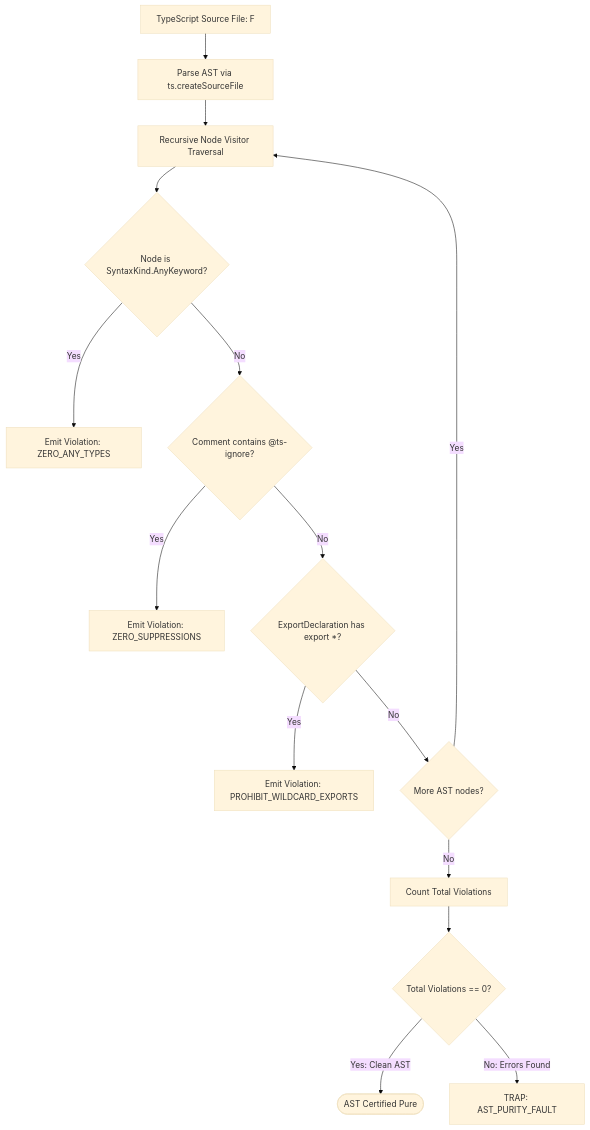
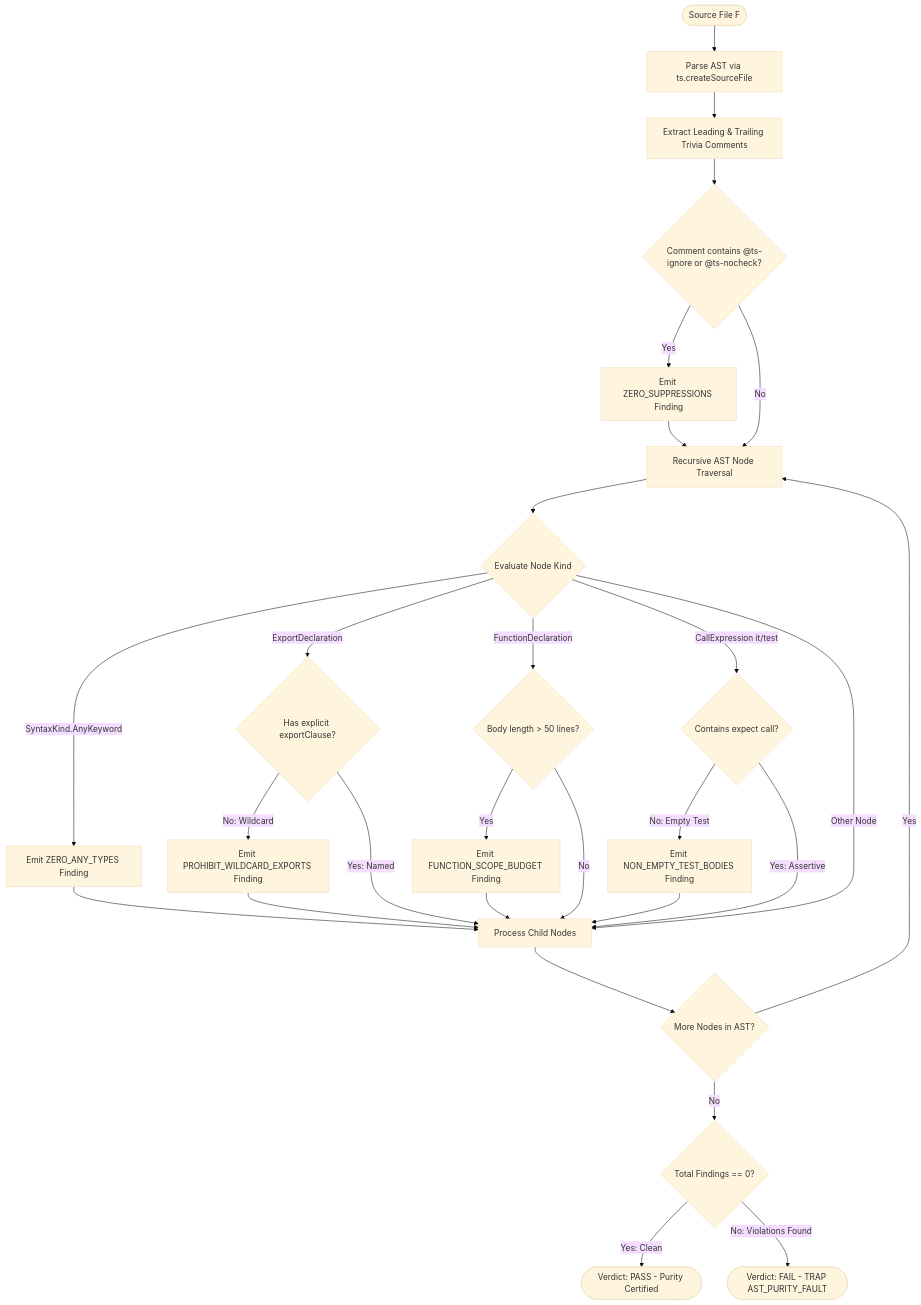
Before and after one commit to onurseckin/skills: the diagram in docs/olt/architecture/13-policy-rbac-failclosed-engine/13-02-static-ast-lint-purity-engine.md, drawn with Mermaid (base theme). The commit also changed other lines of this file and 83 other files, not shown here.

````diff
--- a/docs/olt/architecture/13-policy-rbac-failclosed-engine/13-02-static-ast-lint-purity-engine.md
+++ b/docs/olt/architecture/13-policy-rbac-failclosed-engine/13-02-static-ast-lint-purity-engine.md
@@ -70,22 +97,39 @@
 ```mermaid
 flowchart TD
-    SourceFile[TypeScript Source File: F] --> ParseAST[Parse AST via ts.createSourceFile]
-    ParseAST --> WalkTree[Recursive Node Visitor Traversal]
+    Start([Source File F]) --> ParseAST[Parse AST via ts.createSourceFile]
+    ParseAST --> ExtractTrivia[Extract Leading & Trailing Trivia Comments]
+    ExtractTrivia --> CheckComments{Comment contains @ts-ignore or @ts-nocheck?}
 
-    WalkTree --> CheckAny{Node is SyntaxKind.AnyKeyword?}
-    CheckAny -->|Yes| ReportAny[Emit Violation: ZERO_ANY_TYPES]
-    CheckAny -->|No| CheckComments{Comment contains @ts-ignore?}
+    CheckComments -->|Yes| EmitSuppression[Emit ZERO_SUPPRESSIONS Finding]
+    CheckComments -->|No| WalkNodes[Recursive AST Node Traversal]
 
-    CheckComments -->|Yes| ReportSuppression[Emit Violation: ZERO_SUPPRESSIONS]
-    CheckComments -->|No| CheckExports{ExportDeclaration has export *?}
+    EmitSuppression --> WalkNodes
+    WalkNodes --> CheckNodeKind{Evaluate Node Kind}
 
-    CheckExports -->|Yes| ReportWildcard[Emit Violation: PROHIBIT_WILDCARD_EXPORTS]
-    CheckExports -->|No| MoreNodes{More AST nodes?}
+    CheckNodeKind -->|SyntaxKind.AnyKeyword| EmitAny[Emit ZERO_ANY_TYPES Finding]
+    CheckNodeKind -->|ExportDeclaration| CheckExportClause{Has explicit exportClause?}
+    CheckNodeKind -->|FunctionDeclaration| CheckFuncLen{Body length > 50 lines?}
+    CheckNodeKind -->|CallExpression it/test| CheckExpect{Contains expect call?}
+    CheckNodeKind -->|Other Node| NextNode[Process Child Nodes]
 
-    MoreNodes -->|Yes| WalkTree
-    MoreNodes -->|No| AggregateViolations[Count Total Violations]
+    CheckExportClause -->|No: Wildcard| EmitWildcard[Emit PROHIBIT_WILDCARD_EXPORTS Finding]
+    CheckExportClause -->|Yes: Named| NextNode
 
-    AggregateViolations --> ViolationCheck{Total Violations == 0?}
-    ViolationCheck -->|Yes: Clean AST| CertifyAST([AST Certified Pure])
-    ViolationCheck -->|No: Errors Found| RejectAST[TRAP: AST_PURITY_FAULT]
+    CheckFuncLen -->|Yes| EmitFuncBudget[Emit FUNCTION_SCOPE_BUDGET Finding]
+    CheckFuncLen -->|No| NextNode
+
+    CheckExpect -->|No: Empty Test| EmitEmptyTest[Emit NON_EMPTY_TEST_BODIES Finding]
+    CheckExpect -->|Yes: Assertive| NextNode
+
+    EmitAny --> NextNode
+    EmitWildcard --> NextNode
+    EmitFuncBudget --> NextNode
+    EmitEmptyTest --> NextNode
+
+    NextNode --> MoreNodes{More Nodes in AST?}
+    MoreNodes -->|Yes| WalkNodes
+    MoreNodes -->|No| CheckViolations{Total Findings == 0?}
+
+    CheckViolations -->|Yes: Clean| PurityPassed([Verdict: PASS - Purity Certified])
+    CheckViolations -->|No: Violations Found| PurityFailed([Verdict: FAIL - TRAP AST_PURITY_FAULT])
 ```
````
